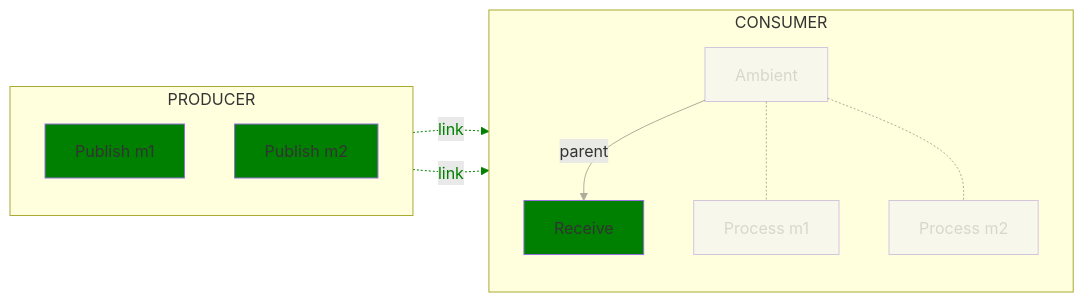
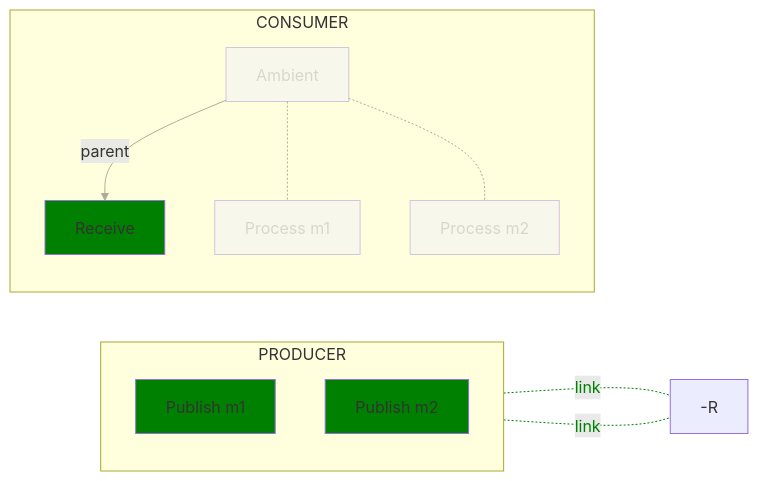
Before and after one commit to open-telemetry/oteps: the tenth of 12 diagrams in text/trace/0220-messaging-semantic-conventions-span-structure.md, drawn with Mermaid. The commit also changed other lines of this file, not shown here.

````diff
--- a/text/trace/0220-messaging-semantic-conventions-span-structure.md
+++ b/text/trace/0220-messaging-semantic-conventions-span-structure.md
@@ -535,23 +536,23 @@
 ```mermaid
 flowchart LR;
   subgraph PRODUCER
   direction TB
   PM1[Publish m1]
   PM2[Publish m2]
   end
   subgraph CONSUMER
   direction TB
   A[Ambient]-- parent -->R[Receive]
   A-.-PRM1[Process m1]
   A-.-PRM2[Process m2]
   end
-  PM1-. link .->R;
-  PM2-. link .->R;
+  PM1-. link .--R;
+  PM2-. link .--R;
 
   classDef normal fill:green
   class PM1,PM2,R normal
   classDef additional opacity:0.4
   class A,PRM1,PRM2 additional
   linkStyle 0,1,2 opacity:0.4
   linkStyle 3,4 color:green,stroke:green
 ```
````
